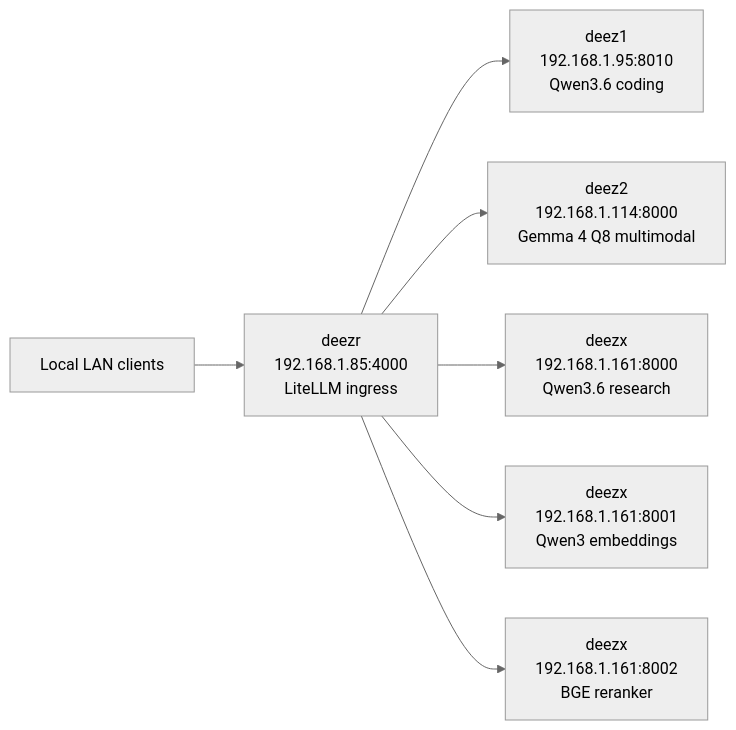
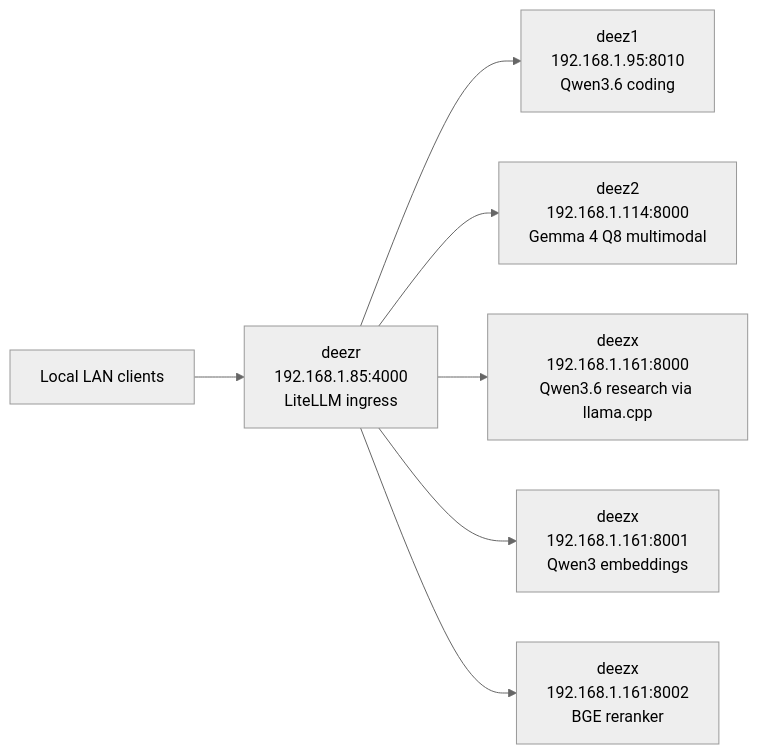
One commit to 3p3r/my-harness changed the diagram in README.md. Above: the diagram before and after it, drawn with Mermaid (neutral theme). The commit also changed other lines of this file and 2 other files, not shown here.

Commit message:
feat: upping the context on the research node

````diff
--- a/README.md
+++ b/README.md
@@ -53,9 +53,9 @@
 ```mermaid
 flowchart LR
     Client[Local LAN clients] --> Router[deezr\n192.168.1.85:4000\nLiteLLM ingress]
     Router --> Coding[deez1\n192.168.1.95:8010\nQwen3.6 coding]
     Router --> Thinking[deez2\n192.168.1.114:8000\nGemma 4 Q8 multimodal]
-    Router --> Research[deezx\n192.168.1.161:8000\nQwen3.6 research]
+    Router --> Research[deezx\n192.168.1.161:8000\nQwen3.6 research via llama.cpp]
     Router --> Embed[deezx\n192.168.1.161:8001\nQwen3 embeddings]
     Router --> Rerank[deezx\n192.168.1.161:8002\nBGE reranker]
 ```
````
